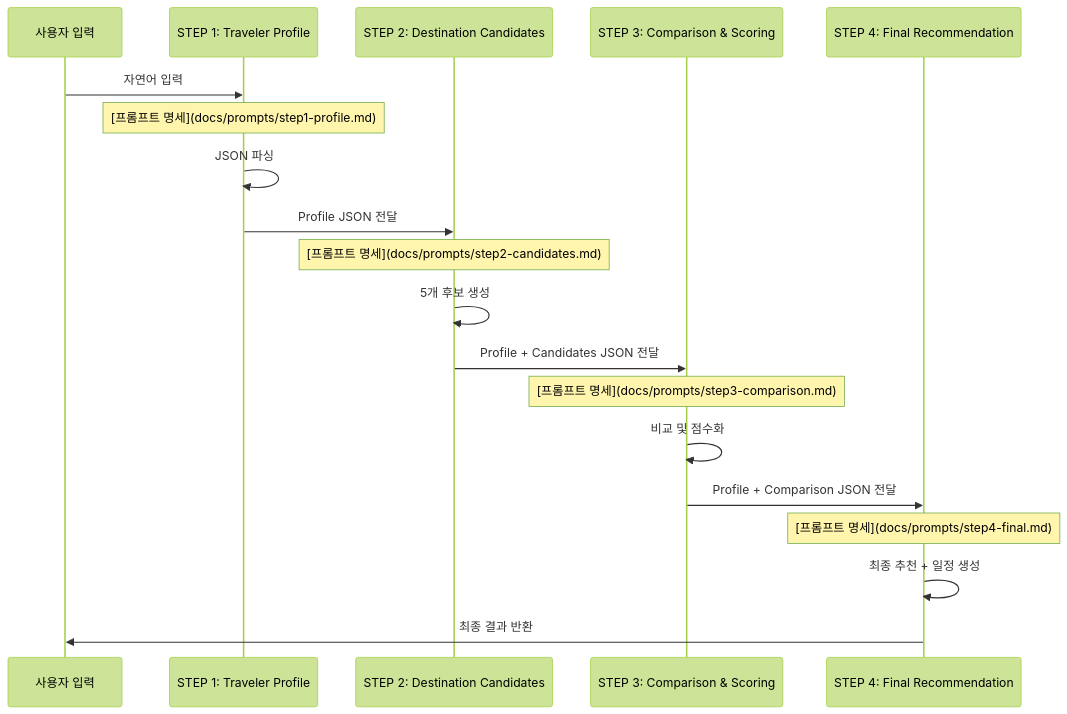
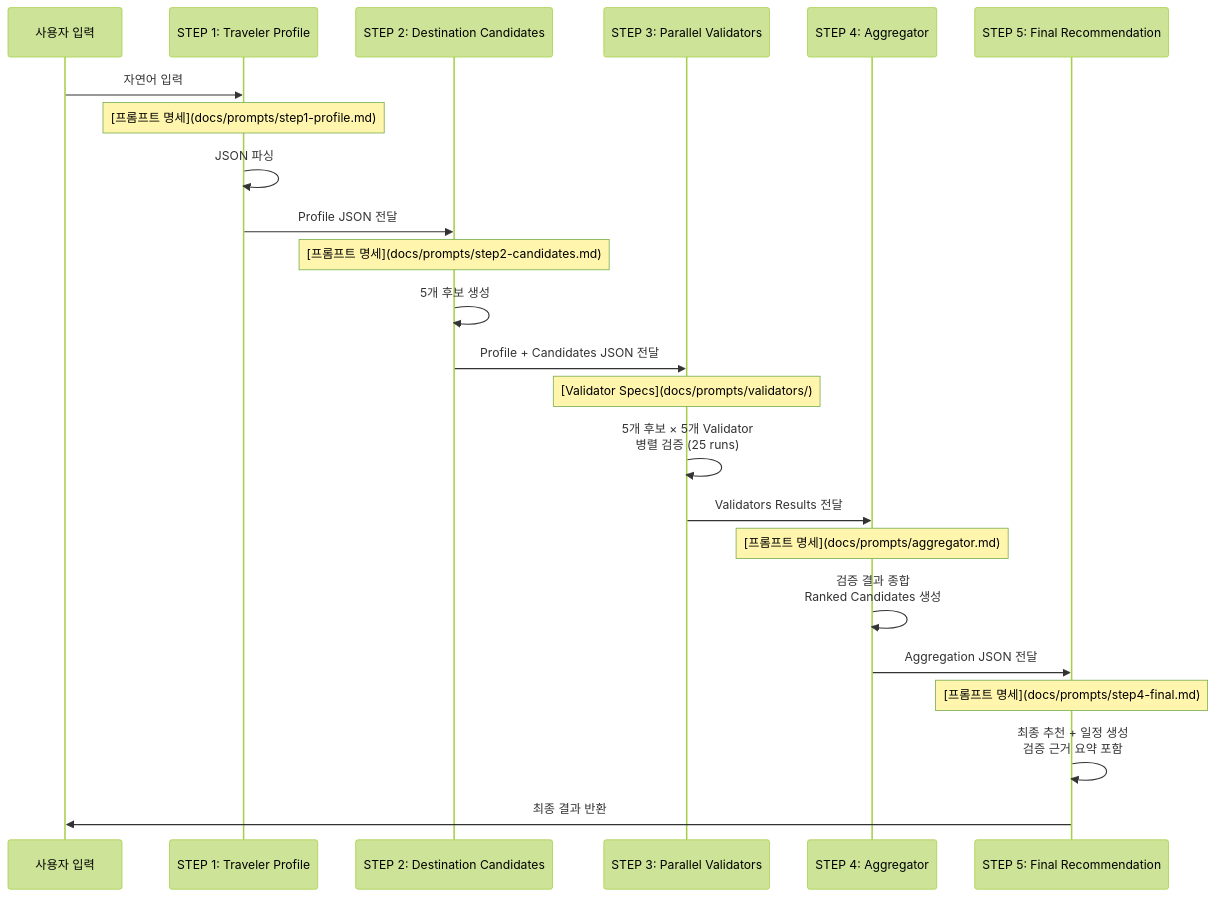
One commit to amansman77/travel-guide changed the second of 2 diagrams in README.md. Above: the diagram before and after it, drawn with Mermaid (forest theme). The commit also changed other lines of this file and 18 other files, not shown here.

First line of the commit message:
feat: Travel Concierge v2 구현 - Parallel Validators 및 Aggregator 추가

````diff
--- a/README.md
+++ b/README.md
@@ -86,22 +96,26 @@
 ```mermaid
 sequenceDiagram
     participant User as 사용자 입력
     participant Step1 as STEP 1: Traveler Profile
     participant Step2 as STEP 2: Destination Candidates
-    participant Step3 as STEP 3: Comparison & Scoring
-    participant Step4 as STEP 4: Final Recommendation
+    participant Step3 as STEP 3: Parallel Validators
+    participant Step4 as STEP 4: Aggregator
+    participant Step5 as STEP 5: Final Recommendation
     
     User->>Step1: 자연어 입력
     Note over Step1: [프롬프트 명세](docs/prompts/step1-profile.md)
     Step1->>Step1: JSON 파싱
     Step1->>Step2: Profile JSON 전달
     Note over Step2: [프롬프트 명세](docs/prompts/step2-candidates.md)
     Step2->>Step2: 5개 후보 생성
     Step2->>Step3: Profile + Candidates JSON 전달
-    Note over Step3: [프롬프트 명세](docs/prompts/step3-comparison.md)
-    Step3->>Step3: 비교 및 점수화
-    Step3->>Step4: Profile + Comparison JSON 전달
-    Note over Step4: [프롬프트 명세](docs/prompts/step4-final.md)
-    Step4->>Step4: 최종 추천 + 일정 생성
-    Step4->>User: 최종 결과 반환
+    Note over Step3: [Validator Specs](docs/prompts/validators/)
+    Step3->>Step3: 5개 후보 × 5개 Validator<br/>병렬 검증 (25 runs)
+    Step3->>Step4: Validators Results 전달
+    Note over Step4: [프롬프트 명세](docs/prompts/aggregator.md)
+    Step4->>Step4: 검증 결과 종합<br/>Ranked Candidates 생성
+    Step4->>Step5: Aggregation JSON 전달
+    Note over Step5: [프롬프트 명세](docs/prompts/step4-final.md)
+    Step5->>Step5: 최종 추천 + 일정 생성<br/>검증 근거 요약 포함
+    Step5->>User: 최종 결과 반환
 ```
````
